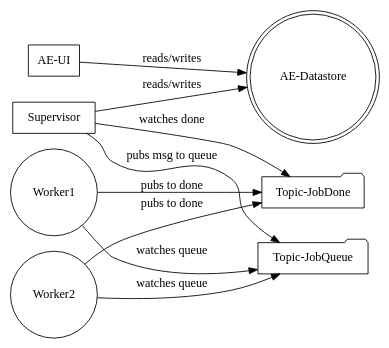
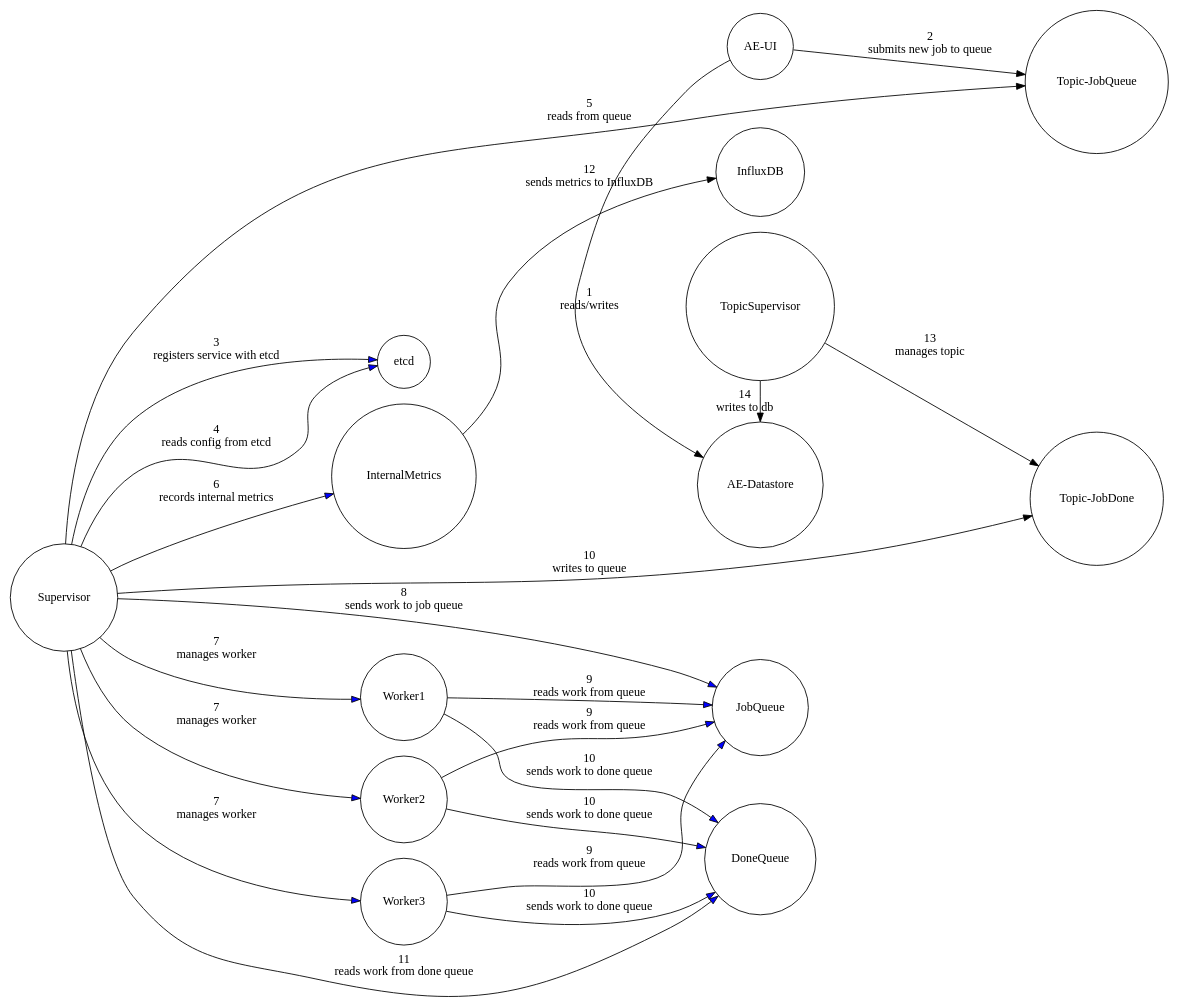
Before and after one commit to JasonGiedymin/voom-builder: the diagram in wiki/builder/flow/flow-gce-based.dot, drawn with Graphviz. The commit also changed 29 other files, not shown here.

```diff
--- a/wiki/builder/flow/flow-gce-based.dot
+++ b/wiki/builder/flow/flow-gce-based.dot
@@ -1,25 +1,45 @@
 digraph FlowDraft1 {
   rankdir=LR;
-  size="80,50"
-  splines=true;
-  overlap=scalexy;
-  K="3"
-  repulsiveForce="2"
-  node [shape = doublecircle];
-  "AE-Datastore"
-  node [shape = folder];
-  "Topic-JobQueue"
-  "Topic-JobDone"
-  node [shape = box];
-  "AE-UI"
-  "Supervisor"
+  //size="80,50"
+  # splines=true;
+  # overlap=scalexy;
+  # K="3"
+  # repulsiveForce="2"
+  
   node [shape = circle];
-  "AE-UI" -> "AE-Datastore" [ label = "reads/writes"]
-  "Supervisor" -> "AE-Datastore" [ label="reads/writes"];
-  "Supervisor" -> "Topic-JobQueue" [ label = "pubs msg to queue"];
-  "Supervisor" -> "Topic-JobDone" [ label = "watches done" ];
-  "Worker1" -> "Topic-JobQueue" [ label = "watches queue" ];
-  "Worker2" -> "Topic-JobQueue" [ label = "watches queue" ];
-  "Worker1" -> "Topic-JobDone" [ label = "pubs to done" ];
-  "Worker2" -> "Topic-JobDone" [ label = "pubs to done" ];
+  "AE-UI" -> "AE-Datastore" [ label = "1\nreads/writes"]
+  "AE-UI" -> "Topic-JobQueue" [ label = "2\nsubmits new job to queue"]
+  {rank=same; "AE-UI", "AE-Datastore", "TopicSupervisor", "InfluxDB"}
+
+  "Supervisor" -> "etcd" [ label = "3\nregisters service with etcd" fillcolor="blue"];
+  "Supervisor" -> "etcd" [ label = "4\nreads config from etcd" fillcolor="blue"];
+  
+  "Supervisor" -> "Topic-JobQueue" [ label = "5\nreads from queue"];
+  "Supervisor" -> "InternalMetrics" [ label = "6\nrecords internal metrics" fillcolor="blue"];
+  "Supervisor" -> "Topic-JobDone" [ label = "10\nwrites to queue" ];
+  {rank=same; "Topic-JobQueue" "Topic-JobDone"}
+
+  "Supervisor" -> "Worker1" [ label = "7\nmanages worker" fillcolor="blue"]
+  "Supervisor" -> "Worker2" [ label = "7\nmanages worker" fillcolor="blue"]
+  "Supervisor" -> "Worker3" [ label = "7\nmanages worker" fillcolor="blue"]
+  {rank=same; "Worker1" "Worker2" "Worker3"}
+
+  "Supervisor" -> "JobQueue" [ label = "8\nsends work to job queue" fillcolor="blue"]
+
+  "Worker1" -> "JobQueue" [ label = "9\nreads work from queue" fillcolor="blue"]
+  "Worker2" -> "JobQueue" [ label = "9\nreads work from queue" fillcolor="blue"]
+  "Worker3" -> "JobQueue" [ label = "9\nreads work from queue" fillcolor="blue"]
+  "Worker1" -> "DoneQueue" [ label = "10\nsends work to done queue" fillcolor="blue"]
+  "Worker2" -> "DoneQueue" [ label = "10\nsends work to done queue" fillcolor="blue"]
+  "Worker3" -> "DoneQueue" [ label = "10\nsends work to done queue" fillcolor="blue"]
+  {rank=same; "JobQueue" "DoneQueue"}
+
+  "Supervisor" -> "DoneQueue" [ label = "11\nreads work from done queue" fillcolor="blue"]
+  "InternalMetrics" -> "InfluxDB"[ label = "12\nsends metrics to InfluxDB"]
+
+  "TopicSupervisor" -> "Topic-JobDone" [ label = "13\nmanages topic" ];
+  "TopicSupervisor" -> "AE-Datastore" [ label = "14\nwrites to db" ];
+
+  #"MetricsBackend" -> "InfluxDB" [ label = "gets key summary metrics from InfluxDB"]
+  #"MetricsBackend" -> "AE-Datastore" [ label = "stores key summary metrics to datastore"]
 }
```
